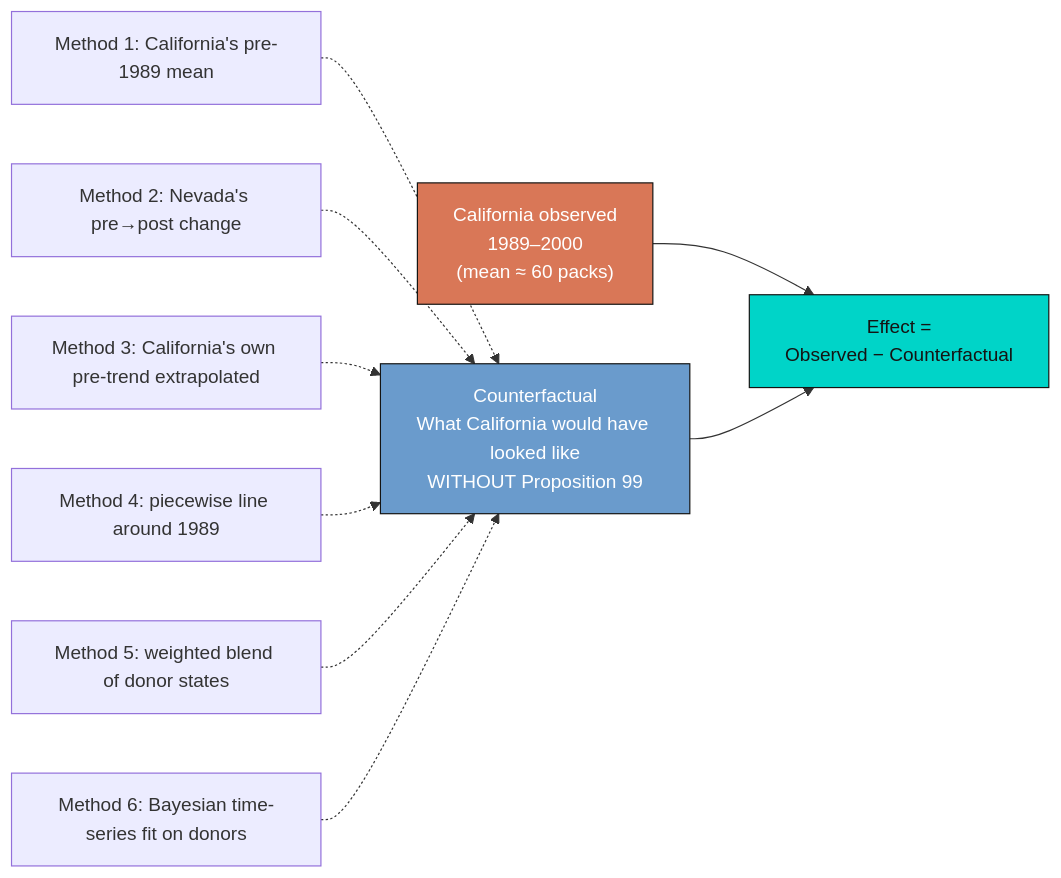
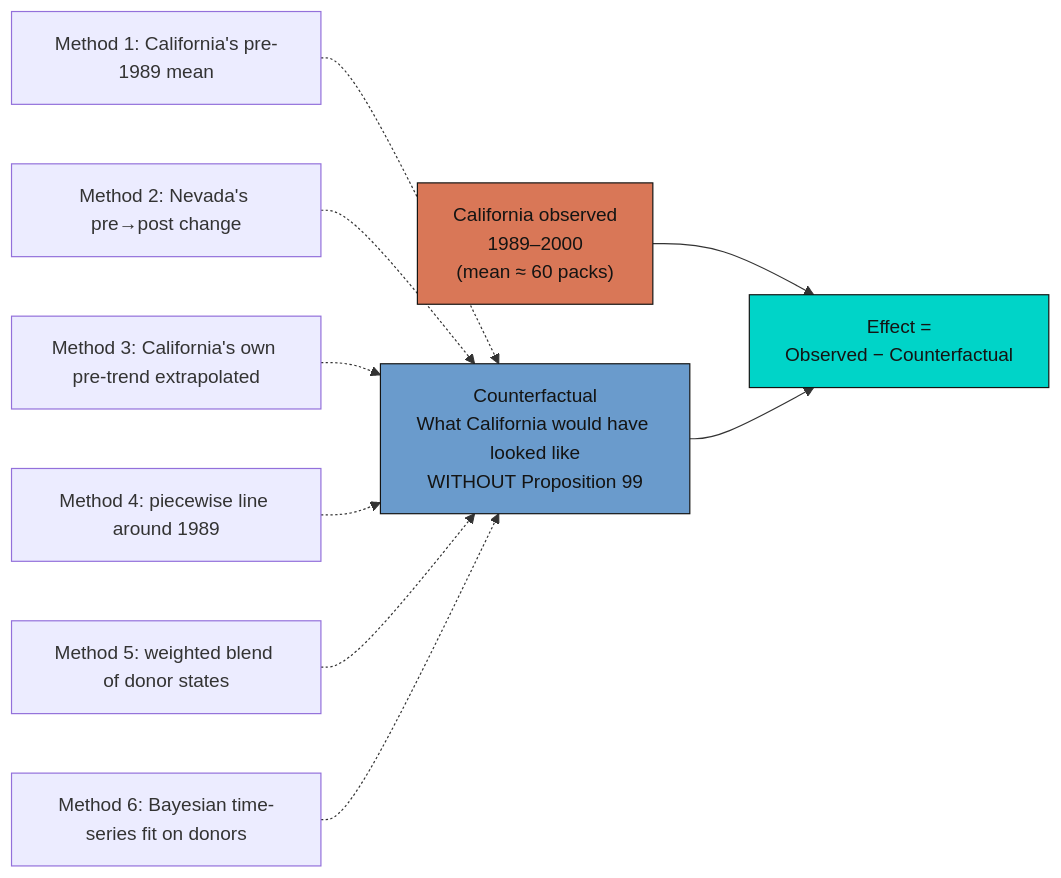
One commit to cmg777/starter-academic-v501 changed the first of 5 diagrams in content/post/r_causalpolicy_workshop/index.md. Above: the diagram before and after it, drawn with Mermaid. The commit also changed other lines of this file and 67 other files, not shown here.

First line of the commit message:
fix(mermaid): readable diagram text in both themes across the site

````diff
--- a/content/post/r_causalpolicy_workshop/index.md
+++ b/content/post/r_causalpolicy_workshop/index.md
@@ -122,19 +122,19 @@
 ```mermaid
 flowchart LR
     OBS["California observed<br/>1989–2000<br/>(mean ≈ 60 packs)"]
     CF["Counterfactual<br/>What California would have looked like<br/>WITHOUT Proposition 99"]
     EFF["Effect =<br/>Observed − Counterfactual"]
     OBS --> EFF
     CF --> EFF
 
     SRC1["Method 1: California's pre-1989 mean"] -.-> CF
     SRC2["Method 2: Nevada's pre→post change"] -.-> CF
     SRC3["Method 3: California's own pre-trend extrapolated"] -.-> CF
     SRC4["Method 4: piecewise line around 1989"] -.-> CF
     SRC5["Method 5: weighted blend of donor states"] -.-> CF
     SRC6["Method 6: Bayesian time-series fit on donors"] -.-> CF
 
-    style OBS fill:#d97757,stroke:#141413,color:#fff
-    style CF fill:#6a9bcc,stroke:#141413,color:#fff
+    style OBS fill:#d97757,stroke:#141413,color:#141413
+    style CF fill:#6a9bcc,stroke:#141413,color:#141413
     style EFF fill:#00d4c8,stroke:#141413,color:#141413
 ```
````
